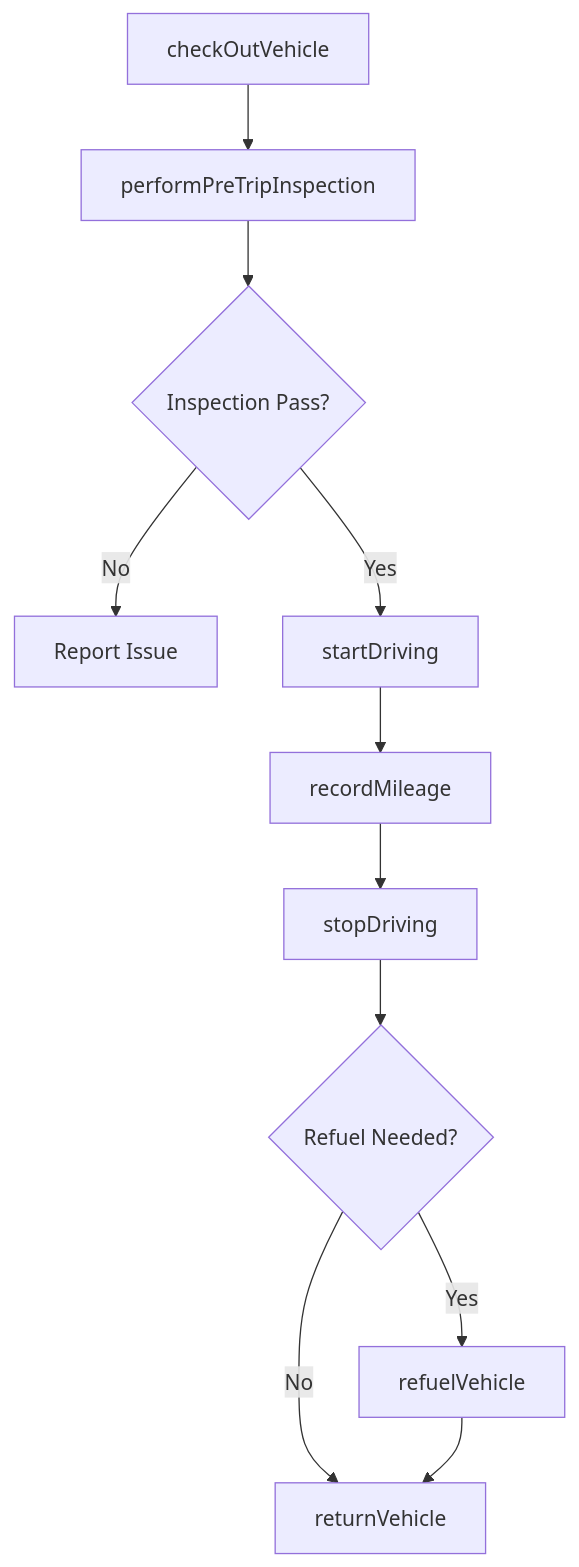
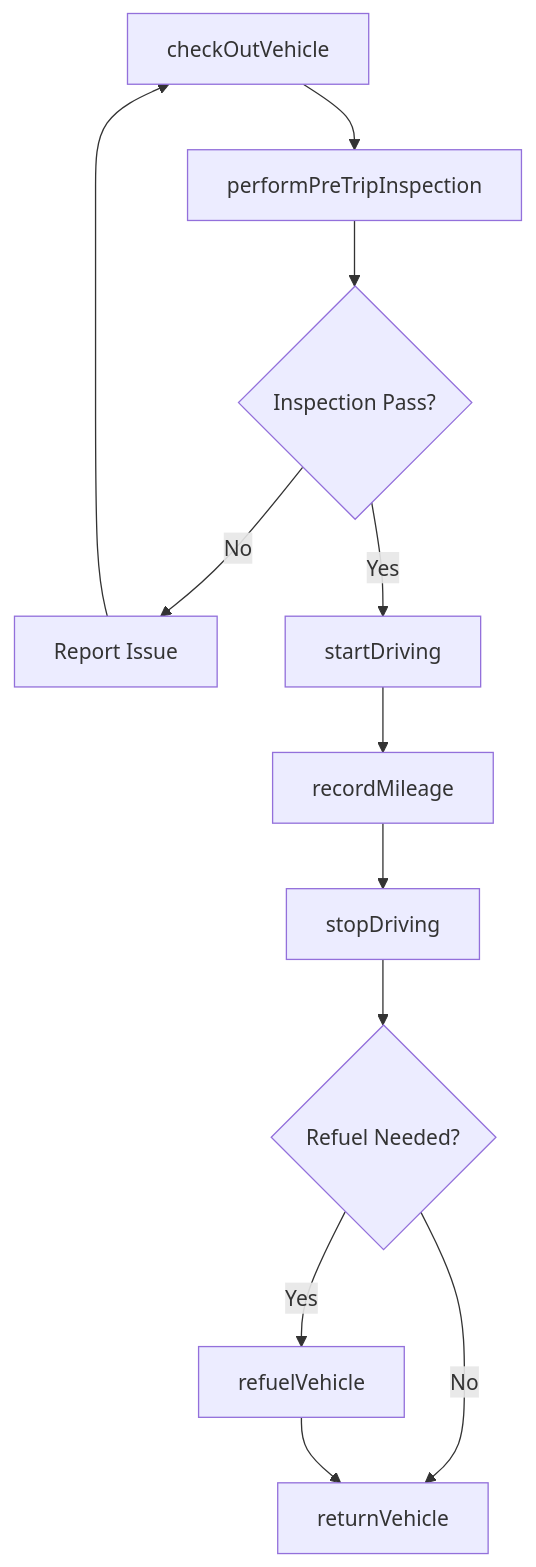
The third of 4 diagrams in OperatingVehiclesMechanizedDevicesOrEquipment/OperateTransportationEquipmentOrVehicles/DrivePassengerVehicles.mdx (dot-org-ai/tasks.org.ai), drawn with Mermaid before and after one commit. The commit also changed other lines of this file and 307 other files, not shown here.

First line of the commit message:
feat: Add ER diagrams and state diagrams to remaining 308 DWA task files (wave 3 complete)

````diff
--- a/OperatingVehiclesMechanizedDevicesOrEquipment/OperateTransportationEquipmentOrVehicles/DrivePassengerVehicles.mdx
+++ b/OperatingVehiclesMechanizedDevicesOrEquipment/OperateTransportationEquipmentOrVehicles/DrivePassengerVehicles.mdx
@@ -85,13 +113,14 @@
 ```mermaid
 graph TD
     A[checkOutVehicle] --> B[performPreTripInspection]
     B --> C{Inspection Pass?}
     C -->|No| D[Report Issue]
+    D --> A
     C -->|Yes| E[startDriving]
     E --> F[recordMileage]
     F --> G[stopDriving]
     G --> H{Refuel Needed?}
     H -->|Yes| I[refuelVehicle]
     H -->|No| J[returnVehicle]
     I --> J
 ```
````
